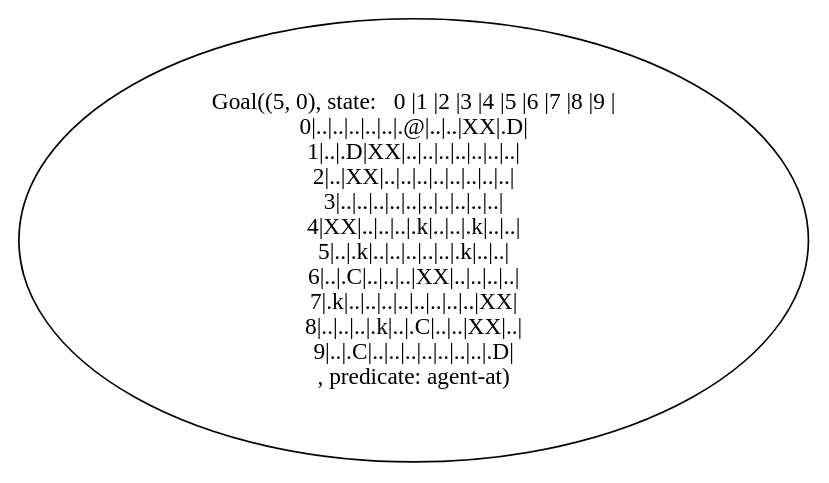
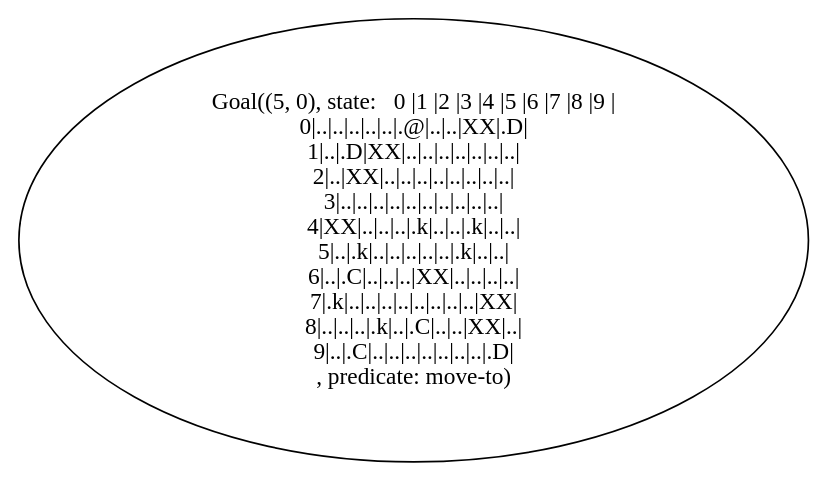
Before and after one commit to dtdannen/midca-rebel-agents-boggs: the diagram in dungeonGoals.dot, drawn with Graphviz. The commit also changed 26 other files, not shown here.

```diff
--- a/dungeonGoals.dot
+++ b/dungeonGoals.dot
@@ -1,17 +1,17 @@
 digraph
 {
   Goal1 [label="Goal((5, 0), state:   0 |1 |2 |3 |4 |5 |6 |7 |8 |9 |
 0|..|..|..|..|..|.@|..|..|XX|.D|
 1|..|.D|XX|..|..|..|..|..|..|..|
 2|..|XX|..|..|..|..|..|..|..|..|
 3|..|..|..|..|..|..|..|..|..|..|
 4|XX|..|..|..|.k|..|..|.k|..|..|
 5|..|.k|..|..|..|..|..|.k|..|..|
 6|..|.C|..|..|..|XX|..|..|..|..|
 7|.k|..|..|..|..|..|..|..|..|XX|
 8|..|..|..|.k|..|.C|..|..|XX|..|
 9|..|.C|..|..|..|..|..|..|..|.D|
-, predicate: agent-at) "]
+, predicate: move-to) "]
 
 
 }
```
